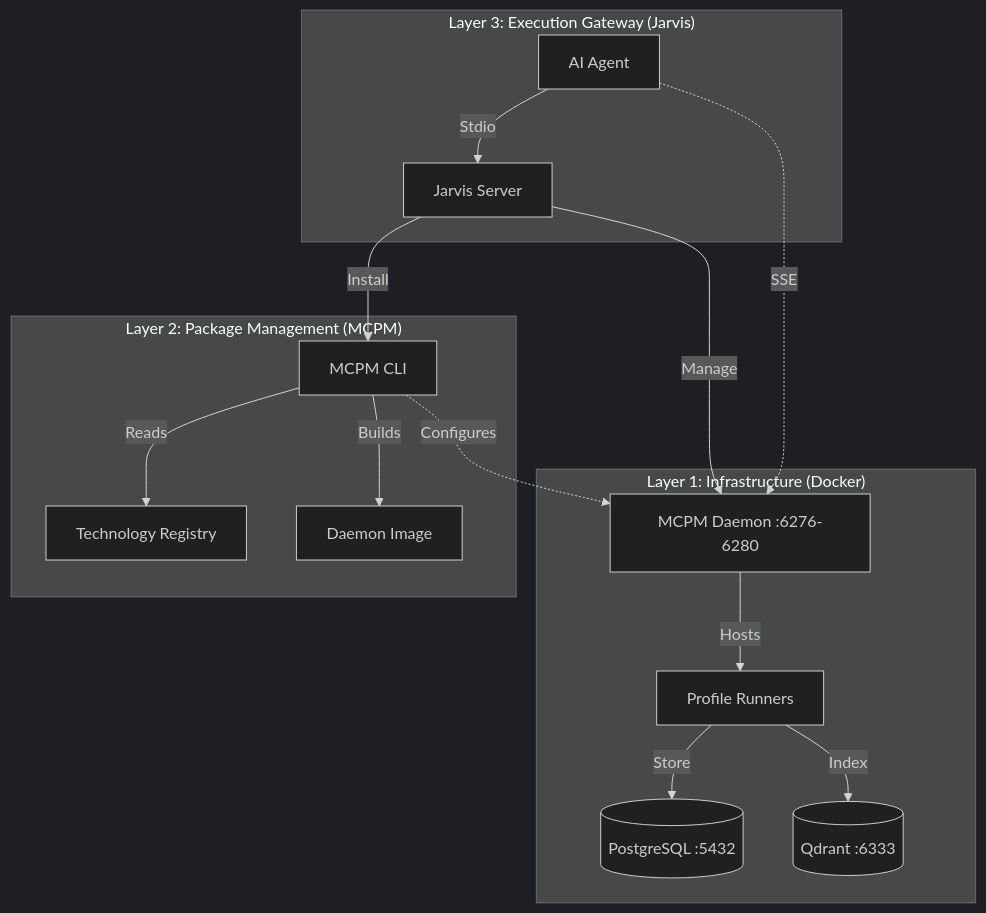
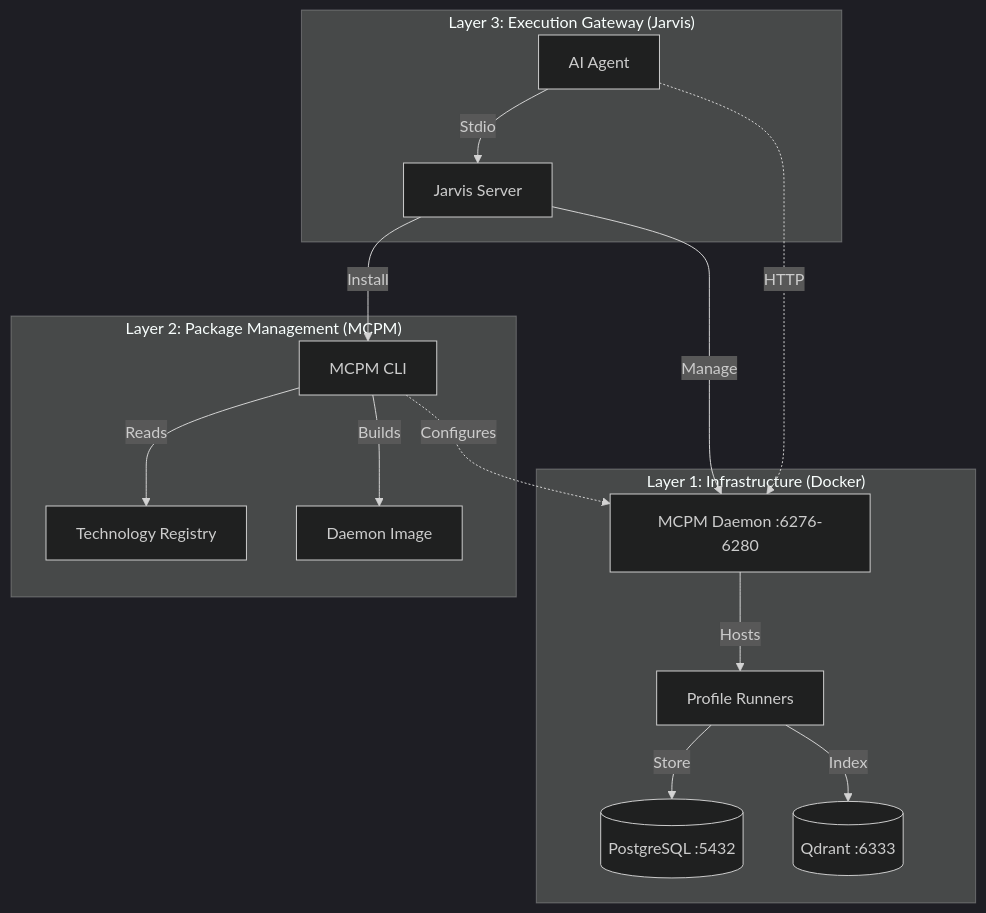
Before and after one commit to JRedeker/Jarvis-mcpm: the diagram in docs/TECHNICAL_ARCHITECTURE.md, drawn with Mermaid (dark theme). The commit also changed other lines of this file and 34 other files, not shown here.

````diff
--- a/docs/TECHNICAL_ARCHITECTURE.md
+++ b/docs/TECHNICAL_ARCHITECTURE.md
@@ -10,22 +10,22 @@
 ```mermaid
 graph TD
     subgraph "Layer 1: Infrastructure (Docker)"
         Daemon[MCPM Daemon :6276-6280] -->|Hosts| Profiles[Profile Runners]
         Profiles -->|Store| DB[(PostgreSQL :5432)]
         Profiles -->|Index| Vector[(Qdrant :6333)]
     end
 
     subgraph "Layer 2: Package Management (MCPM)"
         MCPM_CLI[MCPM CLI] -->|Reads| Registry[Technology Registry]
         MCPM_CLI -->|Builds| Daemon_Image[Daemon Image]
     end
 
     subgraph "Layer 3: Execution Gateway (Jarvis)"
         Agent[AI Agent] -->|Stdio| Jarvis[Jarvis Server]
-        Agent -.->|SSE| Daemon
+        Agent -.->|HTTP| Daemon
         Jarvis -->|Manage| Daemon
         Jarvis -->|Install| MCPM_CLI
     end
 
     MCPM_CLI -.->|Configures| Daemon
 ```
````
